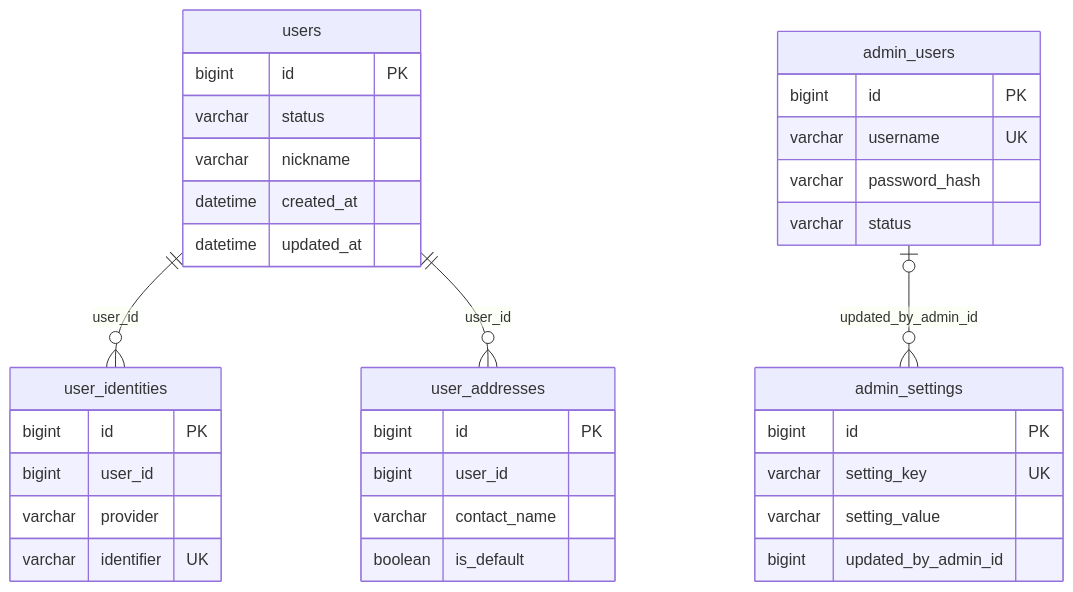
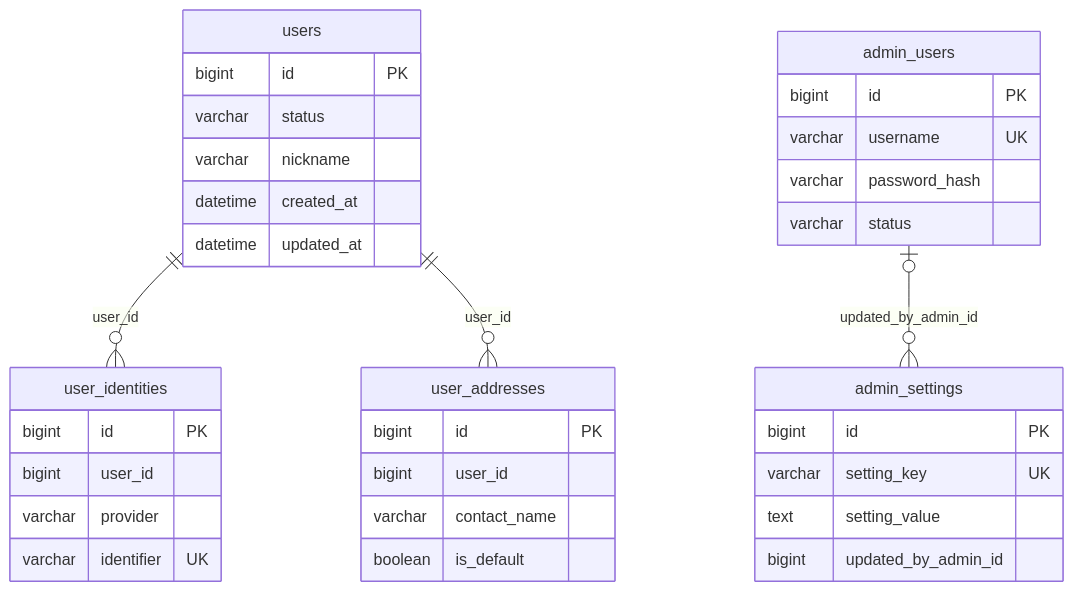
One commit to songyunhmiLY/aurel-mall-api changed the diagram in docs/er/01-identity.mmd. Above: the diagram before and after it, drawn with Mermaid. The commit also changed 52 other files, not shown here.

```diff
--- a/docs/er/01-identity.mmd
+++ b/docs/er/01-identity.mmd
@@ -1,36 +1,36 @@
 erDiagram
   users ||--o{ user_identities : "user_id"
   users ||--o{ user_addresses : "user_id"
   admin_users |o--o{ admin_settings : "updated_by_admin_id"
 
   users {
     bigint id PK
     varchar status
     varchar nickname
     datetime created_at
     datetime updated_at
   }
   user_identities {
     bigint id PK
     bigint user_id
     varchar provider
     varchar identifier UK
   }
   user_addresses {
     bigint id PK
     bigint user_id
     varchar contact_name
     boolean is_default
   }
   admin_users {
     bigint id PK
     varchar username UK
     varchar password_hash
     varchar status
   }
   admin_settings {
     bigint id PK
     varchar setting_key UK
-    varchar setting_value
+    text setting_value
     bigint updated_by_admin_id
   }
```
